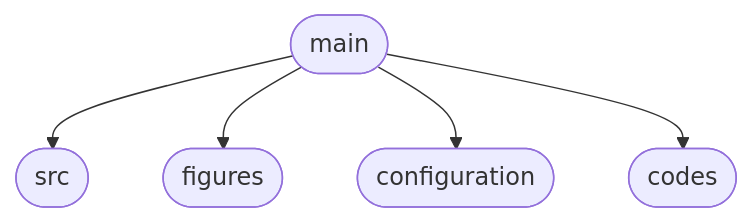
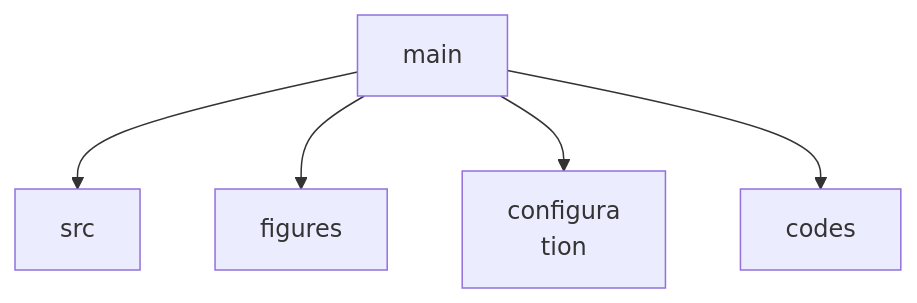
Before and after one commit to mliza/dissertation: the diagram in README.md, drawn with Mermaid.

````diff
--- a/README.md
+++ b/README.md
@@ -12,7 +12,13 @@
 ```mermaid
 flowchart TD
-  id1([ main ]) --> id2([ src ]);
-  id1([ main ]) --> id3([ figures ]);
-  id1([ main ]) --> id4([ configuration ]);
-  id1([ main ]) --> id5([ codes ])
+  main[main]
+  src[src]
+  figs[figures]
+  cfg[configura<br/>tion]
+  codes[codes]
+
+  main --> src
+  main --> figs
+  main --> cfg
+  main --> codes
 ```
````
